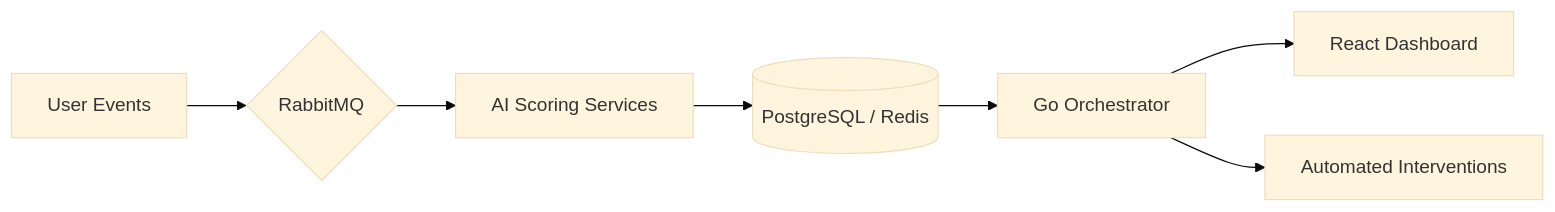
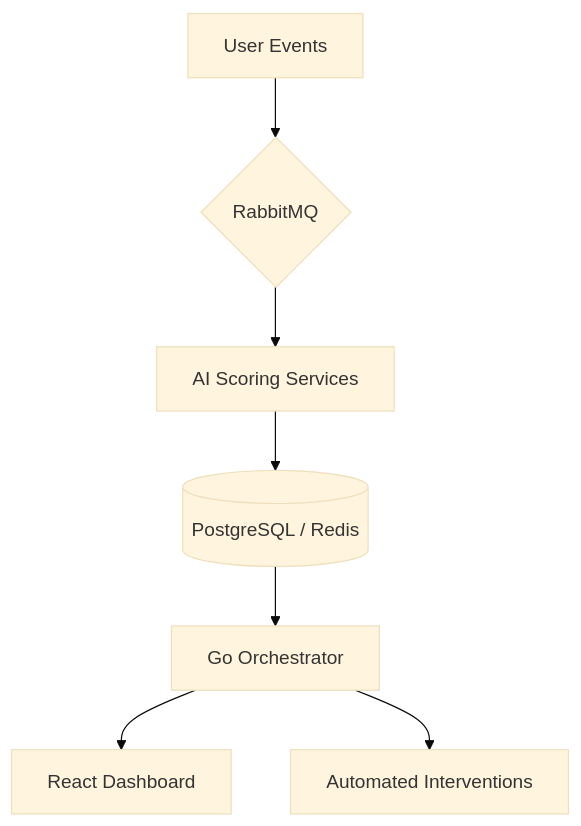
The diagram in README.md (shivanix34/10x-ai-hackathon), drawn with Mermaid (base theme) before and after one commit.

````diff
--- a/README.md
+++ b/README.md
@@ -33,9 +33,9 @@
 ```mermaid
-graph LR
+graph TD
     A["User Events"] --> B{"RabbitMQ"}
     B --> C["AI Scoring Services"]
     C --> D[("PostgreSQL / Redis")]
     D --> E["Go Orchestrator"]
     E --> F["React Dashboard"]
     E --> G["Automated Interventions"]
 ```
````
